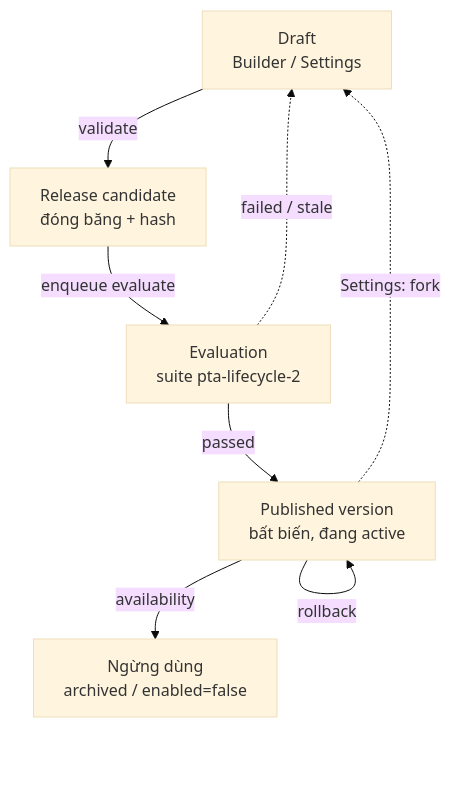
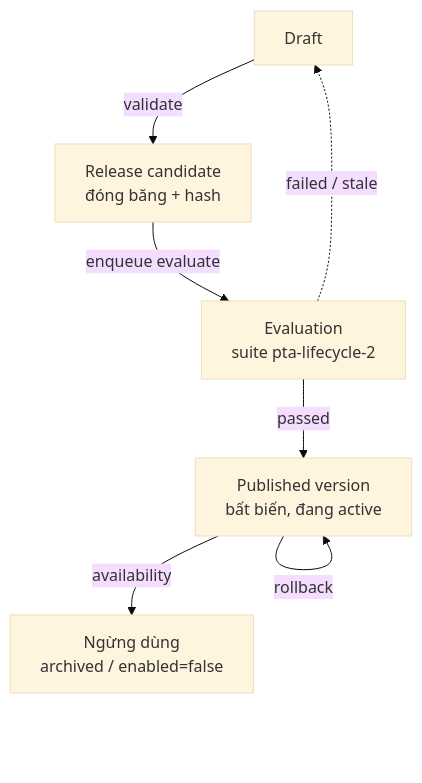
Before and after one commit to nguyennanganhdev/AI-Workforce-Platform: the fifth of 8 diagrams in SRS_AI_Workforce_Platform.md, drawn with Mermaid (base theme). The commit also changed other lines of this file, not shown here.

````diff
--- a/SRS_AI_Workforce_Platform.md
+++ b/SRS_AI_Workforce_Platform.md
@@ -651,17 +576,16 @@
 ```mermaid
 %%{init: {"flowchart": {"rankSpacing": 55}}}%%
 flowchart TB
-    draft["Draft<br/>Builder / Settings"]
+    draft["Draft"]
     cand["Release candidate<br/>đóng băng + hash"]
     eval["Evaluation<br/>suite pta-lifecycle-2"]
     pub["Published version<br/>bất biến, đang active"]
     off["Ngừng dùng<br/>archived / enabled=false"]
 
     draft -->|"validate"| cand
     cand -->|"enqueue evaluate"| eval
     eval -->|"passed"| pub
     eval -.->|"failed / stale"| draft
-    pub -.->|"Settings: fork"| draft
     pub -->|"rollback"| pub
     pub -->|"availability"| off
 ```
````
